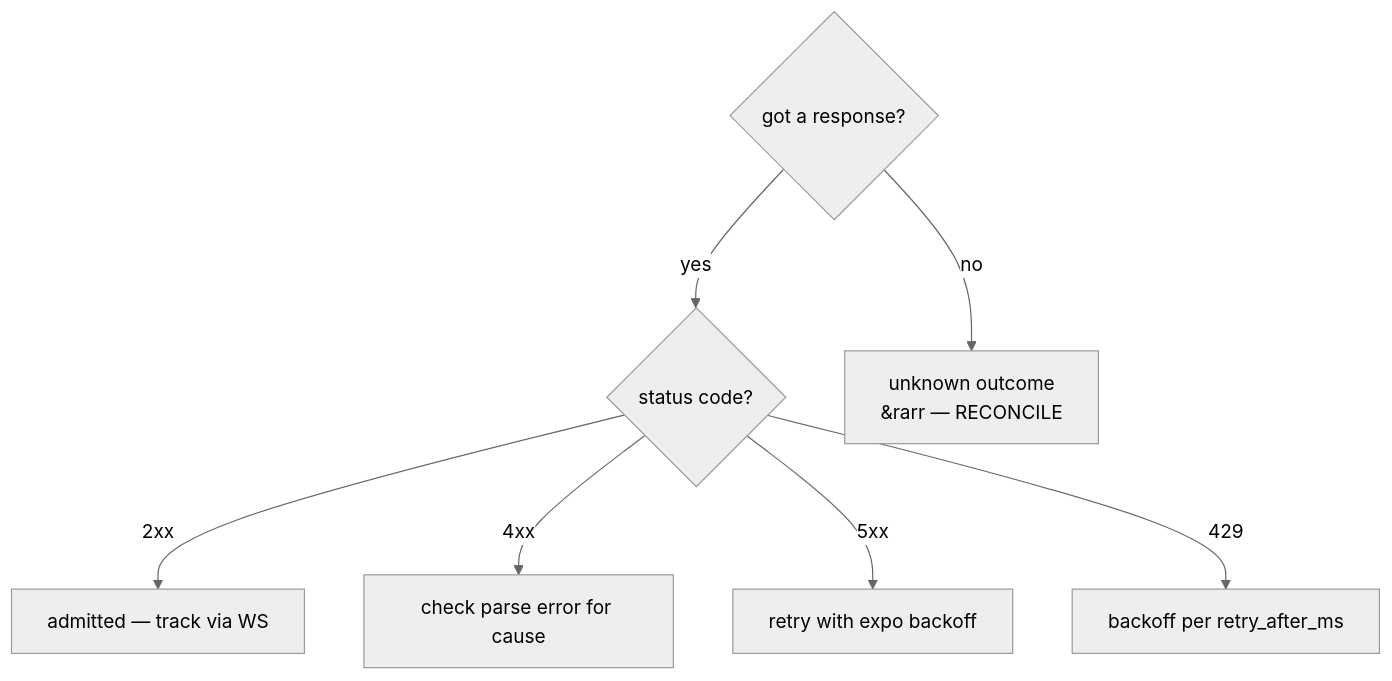
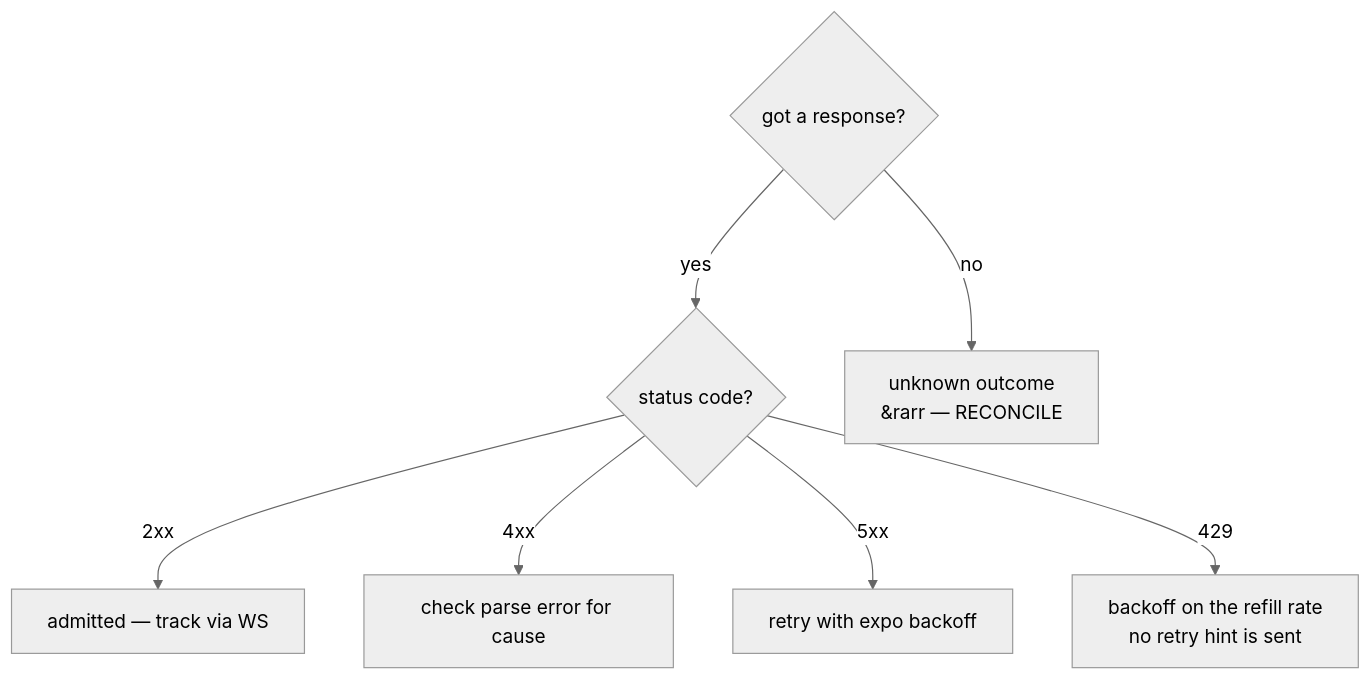
One commit to mtf-exchange/metaflux-knowledges changed the second of 3 diagrams in docs/integration/error-handling.md. Above: the diagram before and after it, drawn with Mermaid (neutral theme). The commit also changed other lines of this file and 15 other files, not shown here.

````diff
--- a/docs/integration/error-handling.md
+++ b/docs/integration/error-handling.md
@@ -32,10 +32,10 @@
 ```mermaid
 flowchart TD
     G{"got a response?"}
     G -->|yes| S{"status code?"}
     G -->|no| U["unknown outcome<br/>&rarr — RECONCILE"]
     S -->|2xx| R2xx["admitted — track via WS"]
     S -->|4xx| R4xx["check parse error for cause"]
     S -->|5xx| R5xx["retry with expo backoff"]
-    S -->|429| R429["backoff per retry_after_ms"]
+    S -->|429| R429["backoff on the refill rate<br/>no retry hint is sent"]
 ```
````
